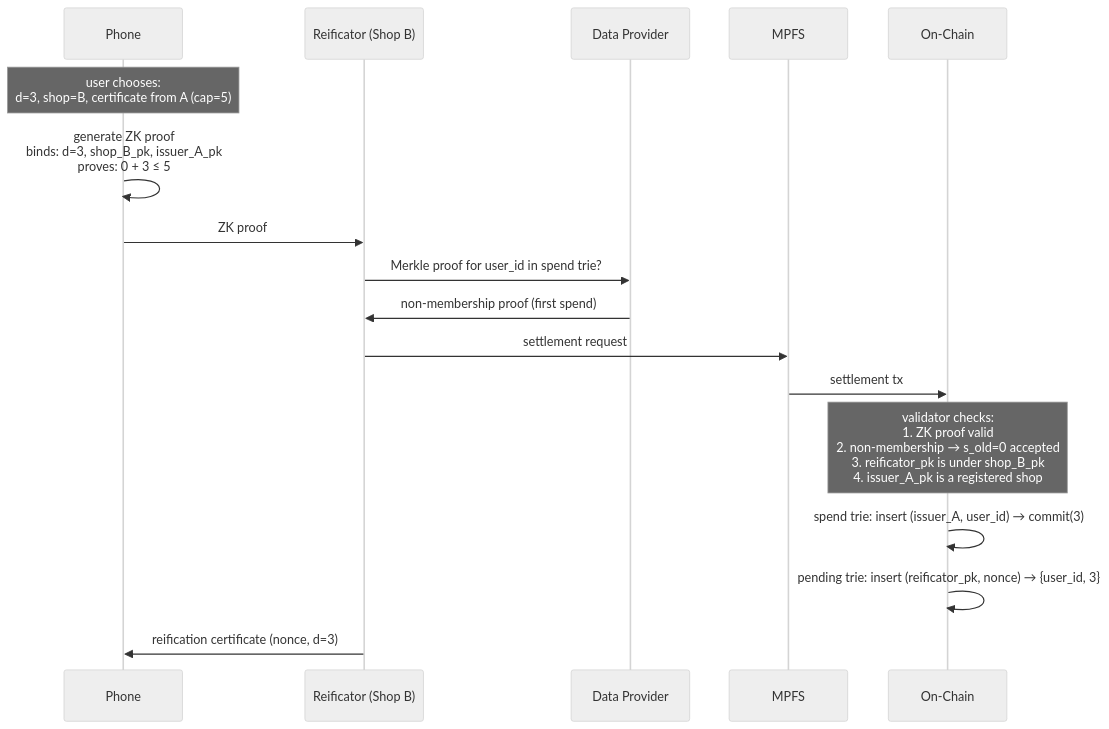
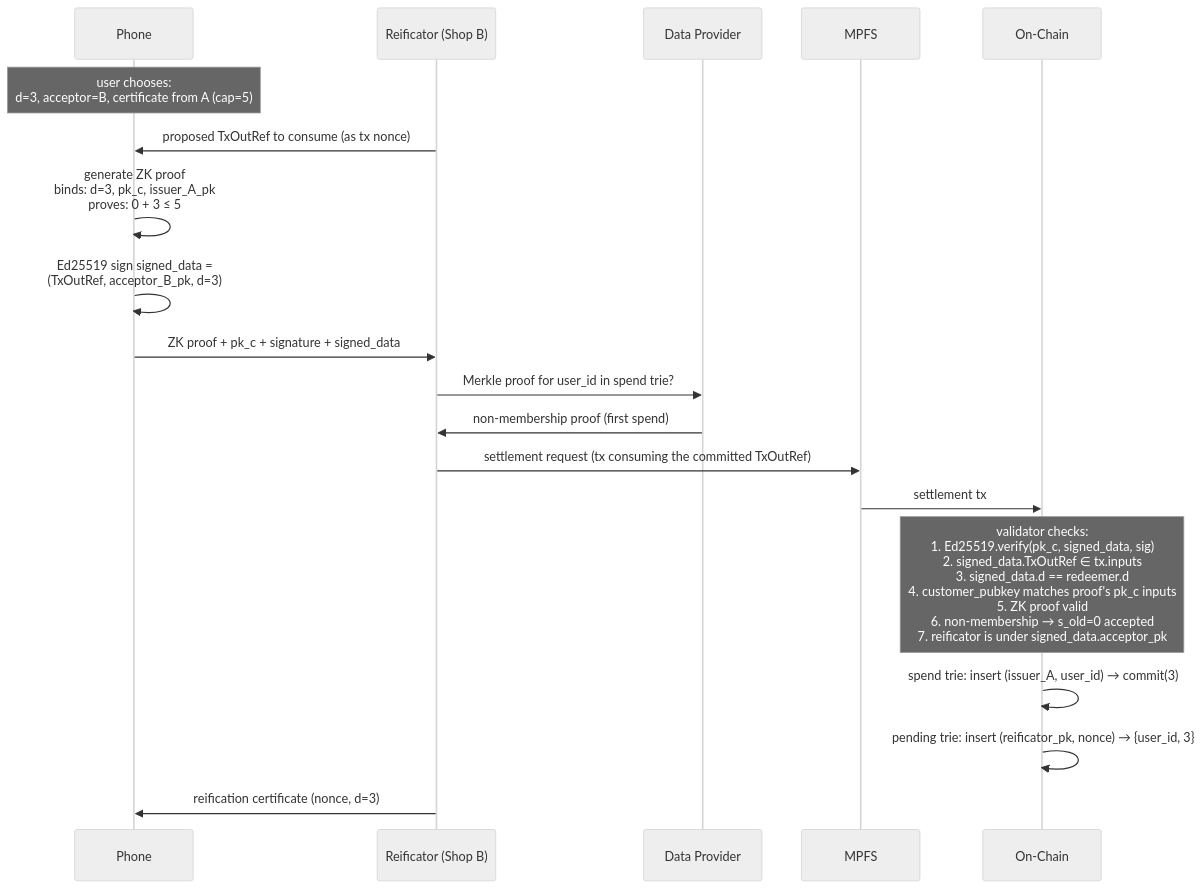
One commit to lambdasistemi/harvest changed the fourth of 8 diagrams in docs/protocol/lifecycle.md. Above: the diagram before and after it, drawn with Mermaid (neutral theme). The commit also changed 4 other files, not shown here.

First line of the commit message:
docs: describe customer Ed25519 signature flow

````diff
--- a/docs/protocol/lifecycle.md
+++ b/docs/protocol/lifecycle.md
@@ -65,20 +65,22 @@
 ```mermaid
 sequenceDiagram
     participant P as Phone
     participant R as Reificator (Shop B)
     participant DP as Data Provider
     participant M as MPFS
     participant L1 as On-Chain
 
-    Note over P: user chooses:<br/>d=3, shop=B, certificate from A (cap=5)
-    P->>P: generate ZK proof<br/>binds: d=3, shop_B_pk, issuer_A_pk<br/>proves: 0 + 3 ≤ 5
-    P->>R: ZK proof
+    Note over P: user chooses:<br/>d=3, acceptor=B, certificate from A (cap=5)
+    R->>P: proposed TxOutRef to consume (as tx nonce)
+    P->>P: generate ZK proof<br/>binds: d=3, pk_c, issuer_A_pk<br/>proves: 0 + 3 ≤ 5
+    P->>P: Ed25519 sign signed_data =<br/>(TxOutRef, acceptor_B_pk, d=3)
+    P->>R: ZK proof + pk_c + signature + signed_data
     R->>DP: Merkle proof for user_id in spend trie?
     DP->>R: non-membership proof (first spend)
-    R->>M: settlement request
+    R->>M: settlement request (tx consuming the committed TxOutRef)
     M->>L1: settlement tx
-    Note over L1: validator checks:<br/>1. ZK proof valid<br/>2. non-membership → s_old=0 accepted<br/>3. reificator_pk is under shop_B_pk<br/>4. issuer_A_pk is a registered shop
+    Note over L1: validator checks:<br/>1. Ed25519.verify(pk_c, signed_data, sig)<br/>2. signed_data.TxOutRef ∈ tx.inputs<br/>3. signed_data.d == redeemer.d<br/>4. customer_pubkey matches proof's pk_c inputs<br/>5. ZK proof valid<br/>6. non-membership → s_old=0 accepted<br/>7. reificator is under signed_data.acceptor_pk
     L1->>L1: spend trie: insert (issuer_A, user_id) → commit(3)
     L1->>L1: pending trie: insert (reificator_pk, nonce) → {user_id, 3}
     R->>P: reification certificate (nonce, d=3)
 ```
````
